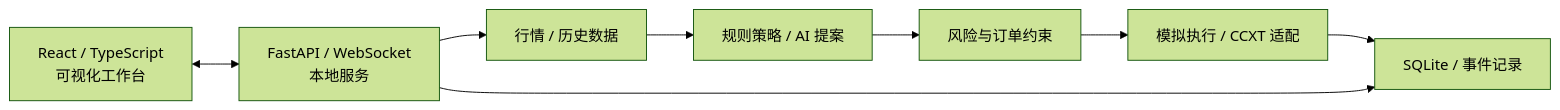
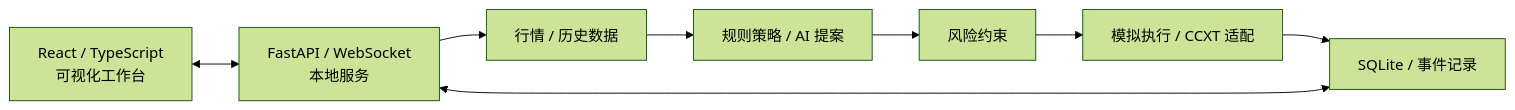
One commit to cuihanzhe955-commits/SmartMoneyAITrader changed the diagram in README.md. Above: the diagram before and after it, drawn with Mermaid (forest theme). The commit also changed other lines of this file, not shown here.

````diff
--- a/README.md
+++ b/README.md
@@ -32,10 +28,10 @@
 ```mermaid
 flowchart LR
     UI["React / TypeScript<br/>可视化工作台"] <--> API["FastAPI / WebSocket<br/>本地服务"]
     API --> DATA["行情 / 历史数据"]
-    DATA --> ENGINE["规则策略 / AI 提案"]
-    ENGINE --> RISK["风险与订单约束"]
+    DATA --> STRATEGY["规则策略 / AI 提案"]
+    STRATEGY --> RISK["风险约束"]
     RISK --> EXEC["模拟执行 / CCXT 适配"]
-    EXEC --> STORE["SQLite / 事件记录"]
-    API --> STORE
+    EXEC --> DB["SQLite / 事件记录"]
+    API <--> DB
 ```
````
